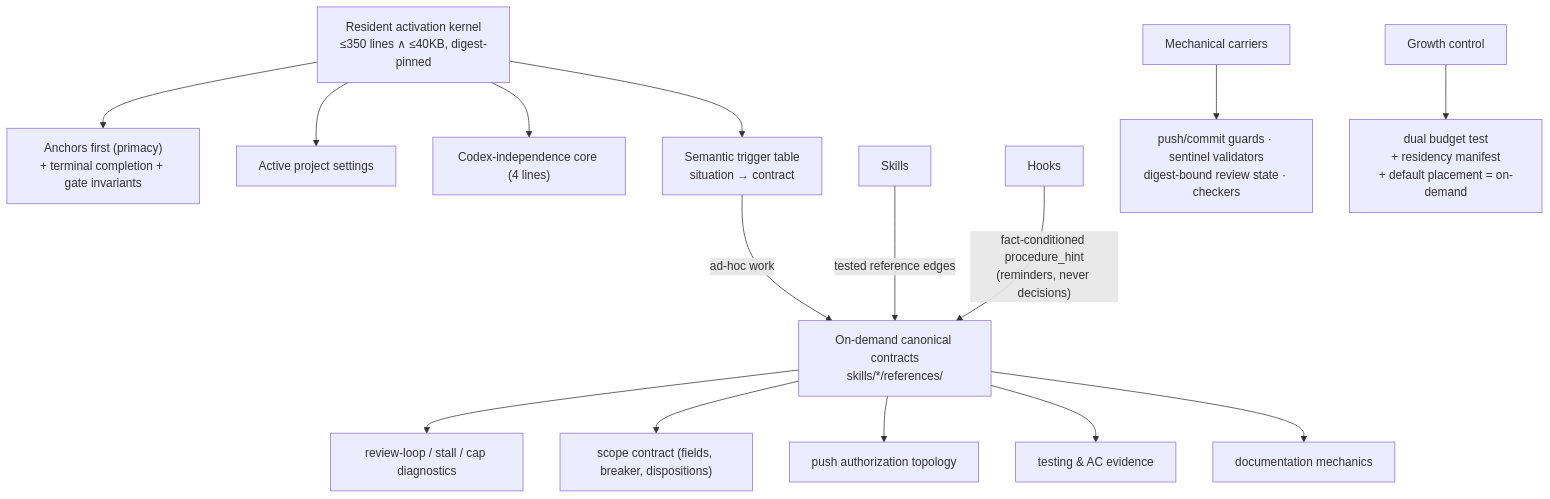
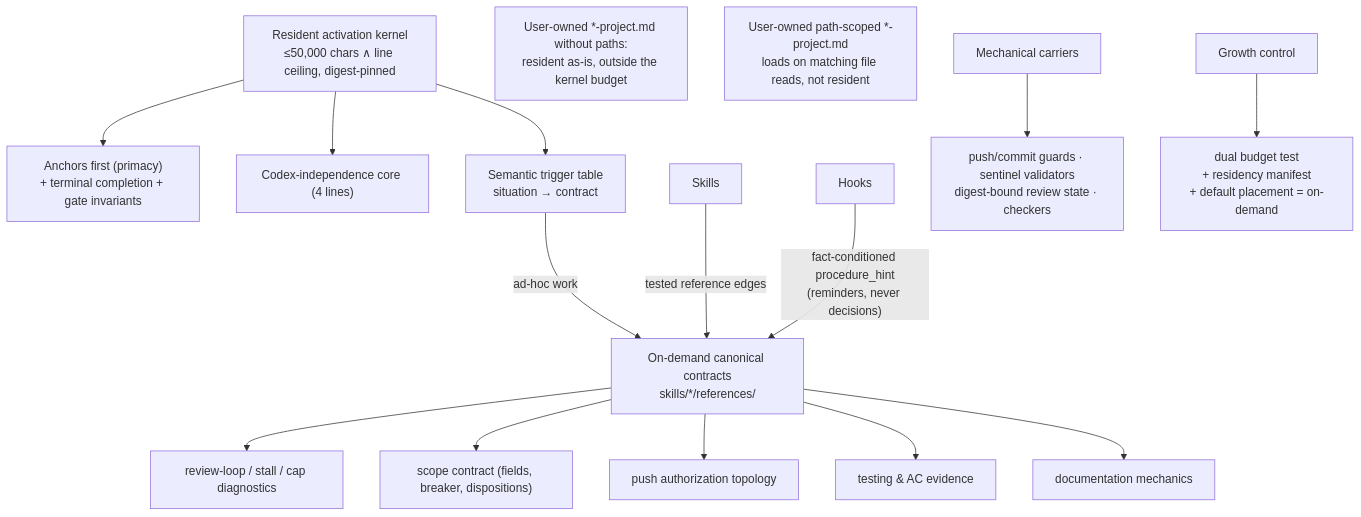
The diagram in docs/features/rules-residency/2-tech-spec.md (sd0xdev/sd0x-harness), drawn with Mermaid before and after one commit. The commit also changed other lines of this file and 1 other file, not shown here.

````diff
--- a/docs/features/rules-residency/2-tech-spec.md
+++ b/docs/features/rules-residency/2-tech-spec.md
@@ -59,17 +62,18 @@
 ```mermaid
 flowchart TD
-    K["Resident activation kernel\n≤350 lines ∧ ≤40KB, digest-pinned"] --> K1["Anchors first (primacy)\n+ terminal completion + gate invariants"]
-    K --> K2["Active project settings"]
+    K["Resident activation kernel\n≤50,000 chars ∧ line ceiling, digest-pinned"] --> K1["Anchors first (primacy)\n+ terminal completion + gate invariants"]
+    U["User-owned *-project.md without paths:\nresident as-is, outside the kernel budget"]
+    UP["User-owned path-scoped *-project.md\nloads on matching file reads, not resident"]
     K --> K3["Codex-independence core (4 lines)"]
     K --> K4["Semantic trigger table\nsituation → contract"]
     K4 -->|ad-hoc work| C["On-demand canonical contracts\nskills/*/references/"]
     S["Skills"] -->|tested reference edges| C
     H["Hooks"] -->|"fact-conditioned procedure_hint\n(reminders, never decisions)"| C
     C --> C1["review-loop / stall / cap diagnostics"]
     C --> C2["scope contract (fields, breaker, dispositions)"]
     C --> C3["push authorization topology"]
     C --> C4["testing & AC evidence"]
     C --> C5["documentation mechanics"]
     M["Mechanical carriers"] --> M1["push/commit guards · sentinel validators\ndigest-bound review state · checkers"]
     G["Growth control"] --> G1["dual budget test\n+ residency manifest\n+ default placement = on-demand"]
 ```
````
